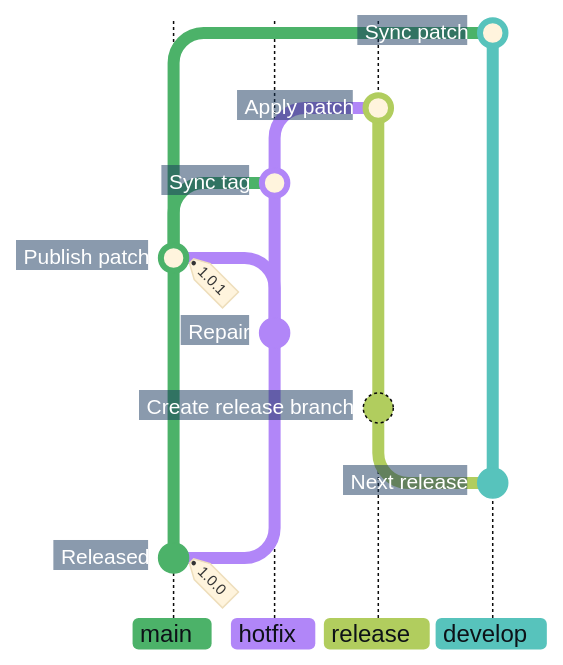
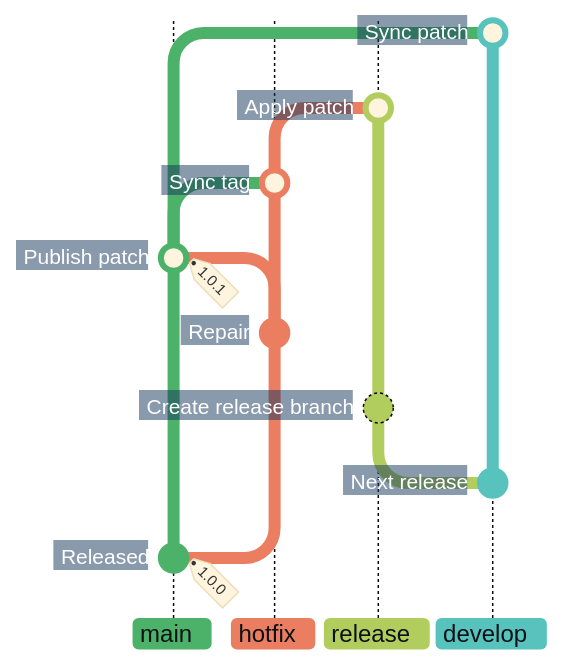
The second of 3 diagrams in docs/adr/cicd.md (superhero/operations.superduper.solutions), drawn with Mermaid before and after one commit.

Commit message:
docs: give hotfix branches a warm red-orange color

````diff
--- a/docs/adr/cicd.md
+++ b/docs/adr/cicd.md
@@ -88,29 +88,29 @@
 ```mermaid
 %%{init: {"theme": "base", "themeCSS": "line.branch { stroke: #8B949E; stroke-width: 1px; stroke-dasharray: 1 4; stroke-linecap: round; } .branchLabel, .tag-label { font-weight: 700; } .tag-label-bkg, .commit-label-bkg { opacity: 0.9; } .tag-label-bkg { fill: #B8E6C4; stroke: #8ED3A2; } .branchLabelBkg { opacity: 1; clip-path: inset(0 8px 0 0 round 4px) fill-box; } .commit-labels g:last-of-type { visibility: hidden; } .commit-labels g { transform-box: fill-box; transform-origin: calc(100% + 17px) calc(50% + 2px); transform: rotate(-10deg); } .commit-label { font-weight: 700; transform: translateX(-8px); } .commit-label-bkg { stroke: #17365D; stroke-width: 20px; transform: translateX(-5px); clip-path: polygon(-4px -4px, calc(100% + 4px) -4px, calc(100% + 10px) 50%, calc(100% + 4px) calc(100% + 4px), -4px calc(100% + 4px)) fill-box; } .commit.branch { stroke: #B1CD5E; stroke-dasharray: none; }", "gitGraph": {"showCommitLabel": true, "rotateCommitLabel": false}, "themeVariables": {
     "commitLabelFontSize": "14px", "commitLabelColor": "#FFFFFF", "commitLabelBackground": "#17365D",
     "git0": "#4CB269", "gitBranchLabel0": "#0D1117",
-    "git1": "#B186F8", "gitBranchLabel1": "#0D1117",
+    "git1": "#EB7D61", "gitBranchLabel1": "#0D1117",
     "git2": "#B1CD5E", "gitBranchLabel2": "#0D1117",
     "git3": "#57C3BC", "gitBranchLabel3": "#0D1117"
 }}}%%
 gitGraph BT:
     %% In BT order, the initial commit note is the last label group; its tag stays visible.
     branch develop order: 3
     checkout main
     commit id: "Released" tag: "1.0.0"
     checkout develop
     commit id: "Next release"
     branch "release" order: 2
     commit id: "Create release branch"
     checkout main
     branch "hotfix" order: 1
     commit id: "Repair"
     checkout main
     merge "hotfix" id: "Publish patch" tag: "1.0.1"
     checkout "hotfix"
     merge main id: "Sync tag"
     checkout "release"
     merge "hotfix" id: "Apply patch"
     checkout develop
     merge main id: "Sync patch"
 ```
````
